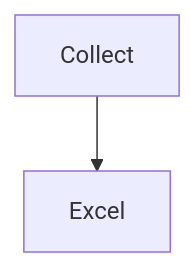
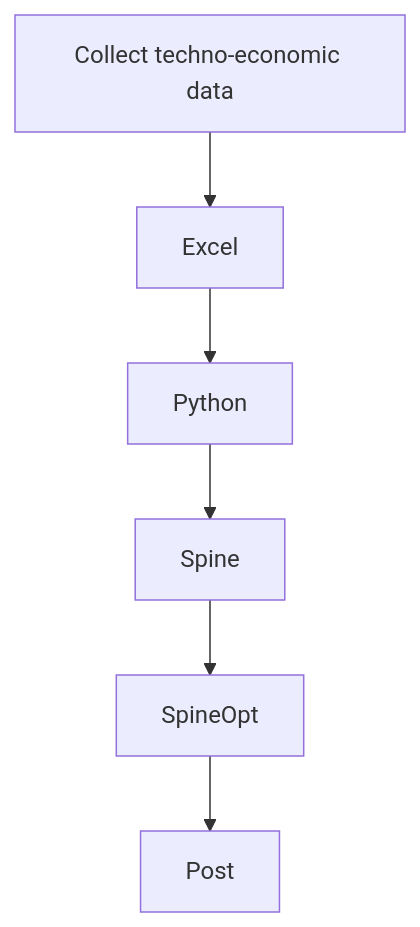
One commit to tbaptistal/MORPHE2US changed the diagram in docs/1_about.md. Above: the diagram before and after it, drawn with Mermaid.

Commit message:
fill the graph

````diff
--- a/docs/1_about.md
+++ b/docs/1_about.md
@@ -34,10 +34,18 @@
 ```{mermaid}
 flowchart TD
 
-    A[Collect]
+    A[Collect techno-economic data]
 
     B[Excel]
 
-    A --> B
+    C[Python]
+
+    D[Spine]
+
+    E[SpineOpt]
+
+    F[Post]
+
+    A --> B --> C --> D --> E --> F
 
 ```
````
